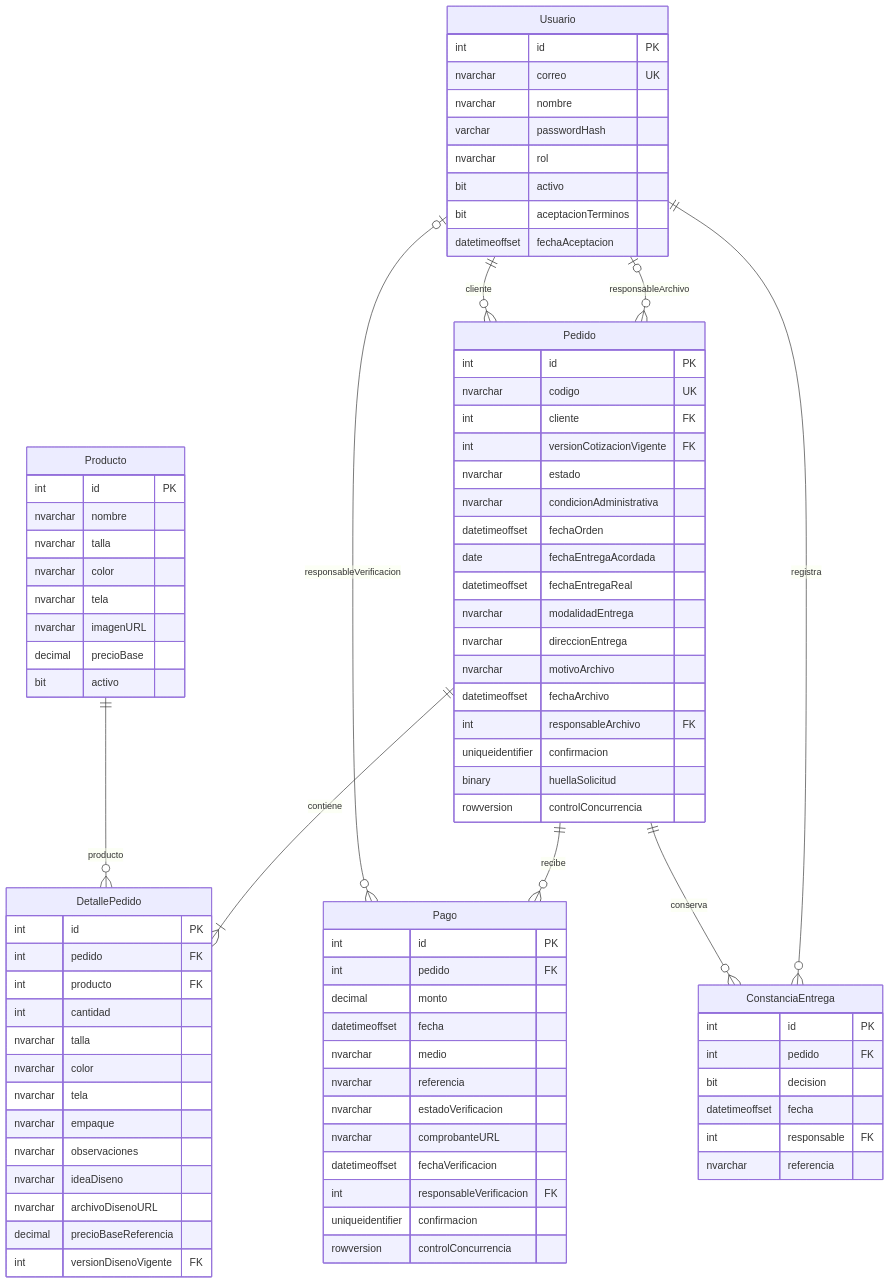
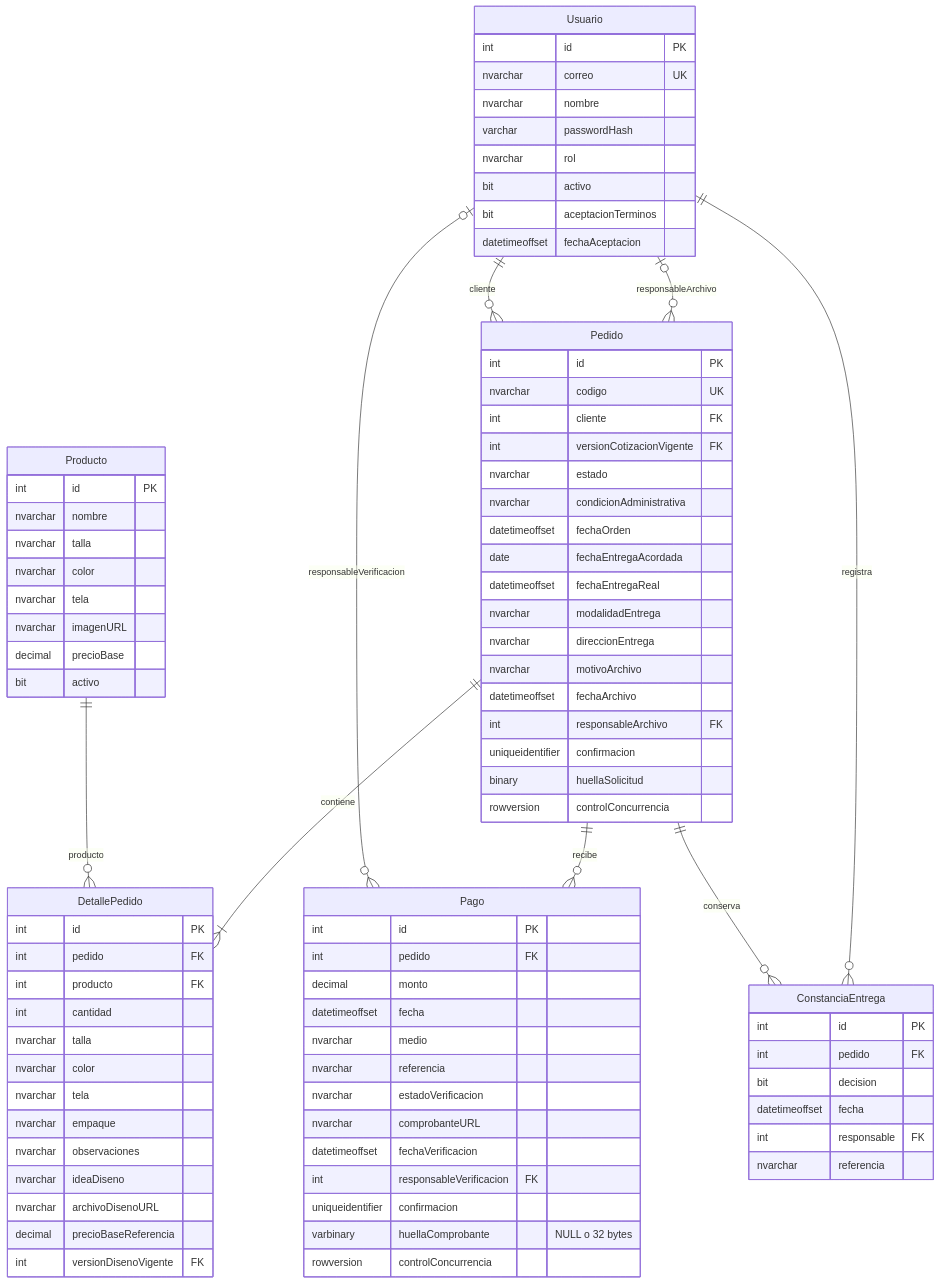
The diagram in docs/fase-3/diagramas/mer-principal.mmd (yirardyalbertoquintero-sys/Proyecto_fase_1_ing_software), drawn with Mermaid before and after one commit. The commit also changed 15 other files, not shown here.

```diff
--- a/docs/fase-3/diagramas/mer-principal.mmd
+++ b/docs/fase-3/diagramas/mer-principal.mmd
@@ -1,85 +1,86 @@
 erDiagram
     Usuario ||--o{ Pedido : cliente
     Usuario o|--o{ Pago : responsableVerificacion
     Usuario o|--o{ Pedido : responsableArchivo
     Producto ||--o{ DetallePedido : producto
     Pedido ||--|{ DetallePedido : contiene
     Pedido ||--o{ Pago : recibe
     Pedido ||--o{ ConstanciaEntrega : conserva
     Usuario ||--o{ ConstanciaEntrega : registra
     Usuario {
         int id PK
         nvarchar correo UK
         nvarchar nombre
         varchar passwordHash
         nvarchar rol
         bit activo
         bit aceptacionTerminos
         datetimeoffset fechaAceptacion
     }
     Producto {
         int id PK
         nvarchar nombre
         nvarchar talla
         nvarchar color
         nvarchar tela
         nvarchar imagenURL
         decimal precioBase
         bit activo
     }
     Pedido {
         int id PK
         nvarchar codigo UK
         int cliente FK
         int versionCotizacionVigente FK
         nvarchar estado
         nvarchar condicionAdministrativa
         datetimeoffset fechaOrden
         date fechaEntregaAcordada
         datetimeoffset fechaEntregaReal
         nvarchar modalidadEntrega
         nvarchar direccionEntrega
         nvarchar motivoArchivo
         datetimeoffset fechaArchivo
         int responsableArchivo FK
         uniqueidentifier confirmacion
         binary huellaSolicitud
         rowversion controlConcurrencia
     }
     DetallePedido {
         int id PK
         int pedido FK
         int producto FK
         int cantidad
         nvarchar talla
         nvarchar color
         nvarchar tela
         nvarchar empaque
         nvarchar observaciones
         nvarchar ideaDiseno
         nvarchar archivoDisenoURL
         decimal precioBaseReferencia
         int versionDisenoVigente FK
     }
     Pago {
         int id PK
         int pedido FK
         decimal monto
         datetimeoffset fecha
         nvarchar medio
         nvarchar referencia
         nvarchar estadoVerificacion
         nvarchar comprobanteURL
         datetimeoffset fechaVerificacion
         int responsableVerificacion FK
         uniqueidentifier confirmacion
+        varbinary huellaComprobante "NULL o 32 bytes"
         rowversion controlConcurrencia
     }
     ConstanciaEntrega {
         int id PK
         int pedido FK
         bit decision
         datetimeoffset fecha
         int responsable FK
         nvarchar referencia
     }
```
